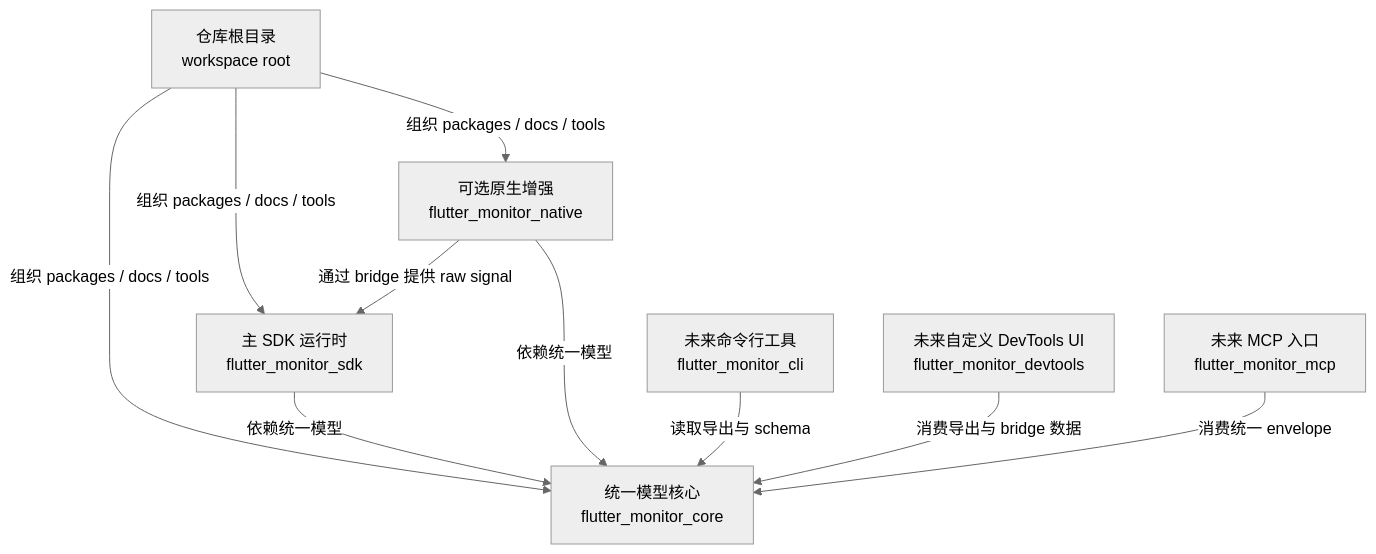
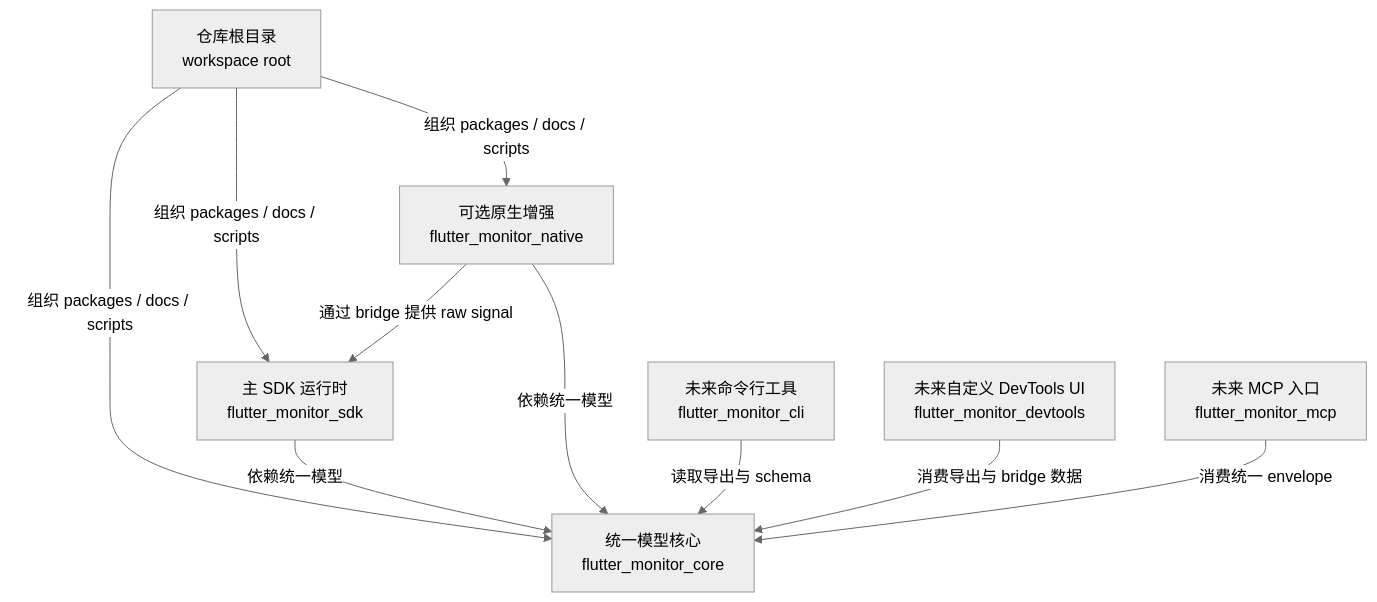
One commit to xinqingaa/flutter_monitor changed the first of 3 diagrams in docs/architecture.md. Above: the diagram before and after it, drawn with Mermaid (neutral theme). The commit also changed other lines of this file and 12 other files, not shown here.

````diff
--- a/docs/architecture.md
+++ b/docs/architecture.md
@@ -52,22 +54,22 @@
 ```mermaid
 flowchart TD
   Root["仓库根目录<br/>workspace root"]
   Core["统一模型核心<br/>flutter_monitor_core"]
   SDK["主 SDK 运行时<br/>flutter_monitor_sdk"]
   Native["可选原生增强<br/>flutter_monitor_native"]
   CLI["未来命令行工具<br/>flutter_monitor_cli"]
   DevUI["未来自定义 DevTools UI<br/>flutter_monitor_devtools"]
   MCP["未来 MCP 入口<br/>flutter_monitor_mcp"]
 
-  Root -->|"组织 packages / docs / tools"| Core
-  Root -->|"组织 packages / docs / tools"| SDK
-  Root -->|"组织 packages / docs / tools"| Native
+  Root -->|"组织 packages / docs / scripts"| Core
+  Root -->|"组织 packages / docs / scripts"| SDK
+  Root -->|"组织 packages / docs / scripts"| Native
 
   SDK -->|"依赖统一模型"| Core
   Native -->|"依赖统一模型"| Core
   CLI -->|"读取导出与 schema"| Core
   DevUI -->|"消费导出与 bridge 数据"| Core
   MCP -->|"消费统一 envelope"| Core
 
   Native -->|"通过 bridge 提供 raw signal"| SDK
 ```
````
